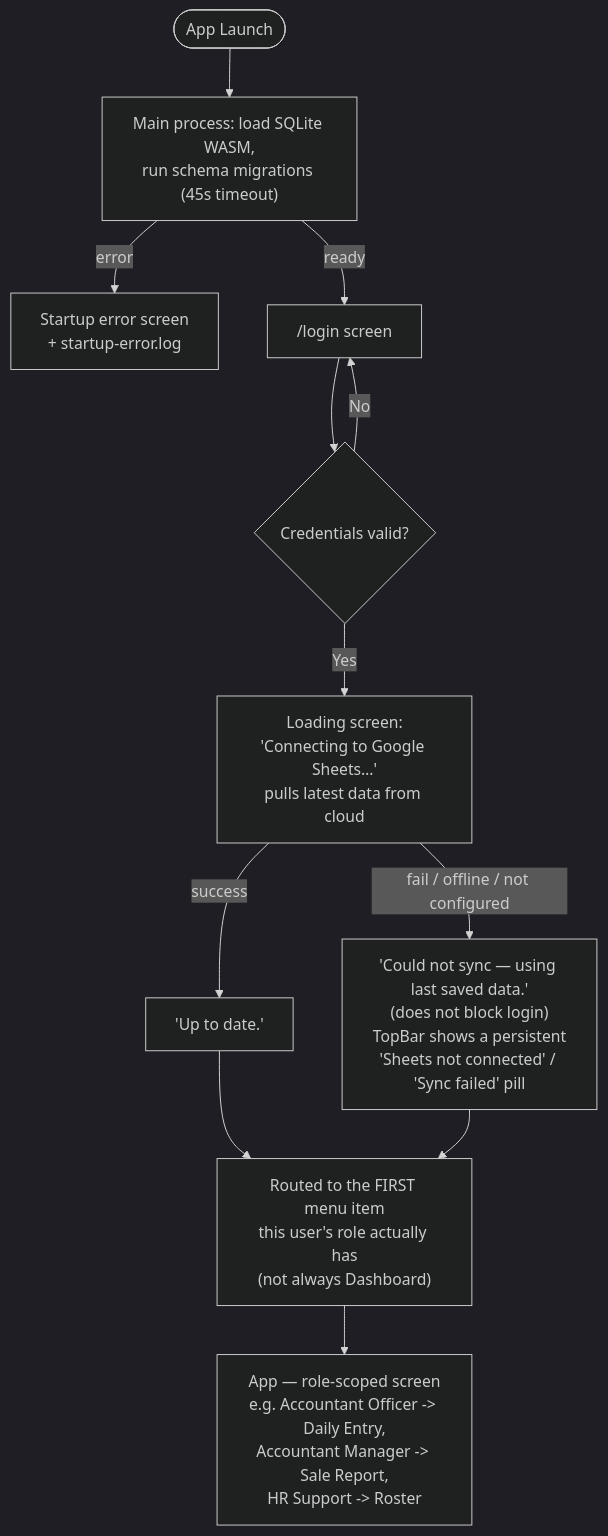
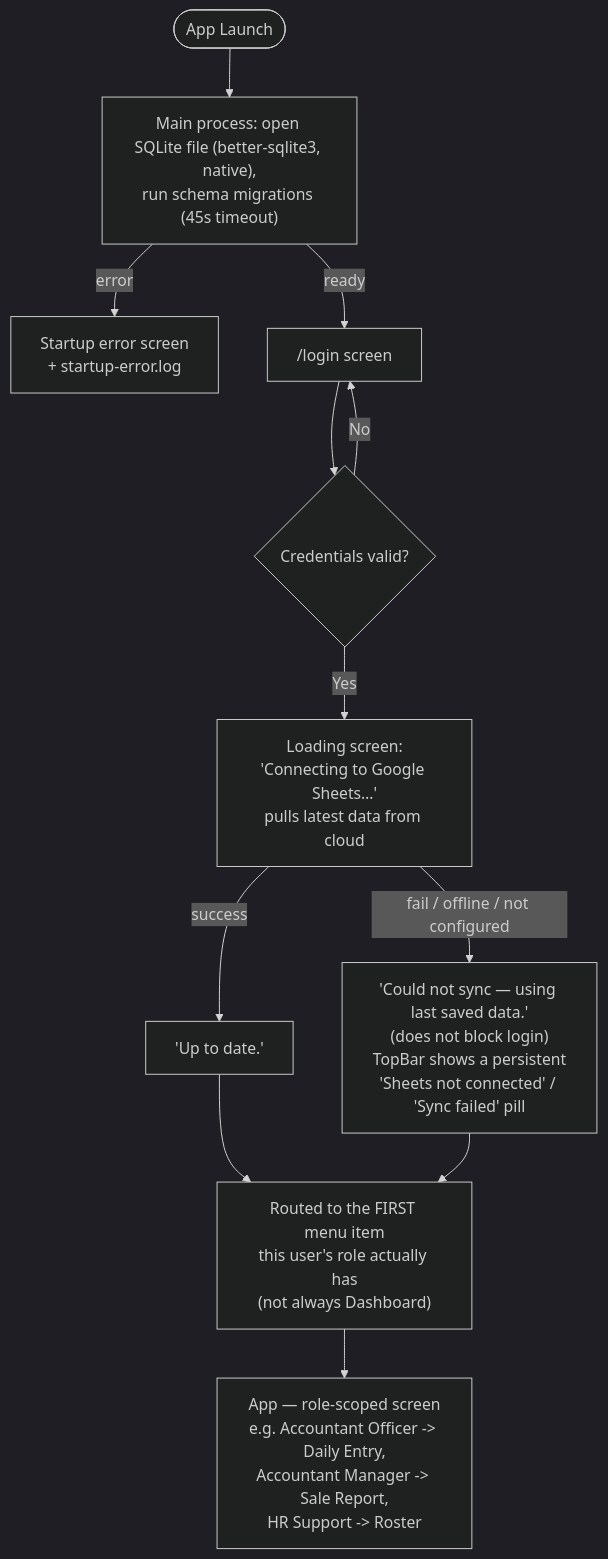
One commit to Tocknpn/KPV_KPI_tracking changed the first of 7 diagrams in FLOWCHART.md. Above: the diagram before and after it, drawn with Mermaid (dark theme). The commit also changed other lines of this file and 13 other files, not shown here.

````diff
--- a/FLOWCHART.md
+++ b/FLOWCHART.md
@@ -11,14 +11,14 @@
 ```mermaid
 flowchart TD
-    START([App Launch]) --> INIT["Main process: load SQLite WASM,\nrun schema migrations (45s timeout)"]
+    START([App Launch]) --> INIT["Main process: open SQLite file (better-sqlite3, native),\nrun schema migrations (45s timeout)"]
     INIT -->|error| ERRSCREEN["Startup error screen\n+ startup-error.log"]
     INIT -->|ready| LOGIN["/login screen"]
     LOGIN --> AUTH{"Credentials valid?"}
     AUTH -->|No| LOGIN
     AUTH -->|Yes| SYNC["Loading screen:\n'Connecting to Google Sheets…'\npulls latest data from cloud"]
     SYNC -->|success| UPTODATE["'Up to date.'"]
     SYNC -->|fail / offline / not configured| STALE["'Could not sync — using last saved data.'\n(does not block login)\nTopBar shows a persistent\n'Sheets not connected' / 'Sync failed' pill"]
     UPTODATE --> HOME["Routed to the FIRST menu item\nthis user's role actually has\n(not always Dashboard)"]
     STALE --> HOME
     HOME --> APP["App — role-scoped screen\ne.g. Accountant Officer -> Daily Entry,\nAccountant Manager -> Sale Report,\nHR Support -> Roster"]
 ```
````
